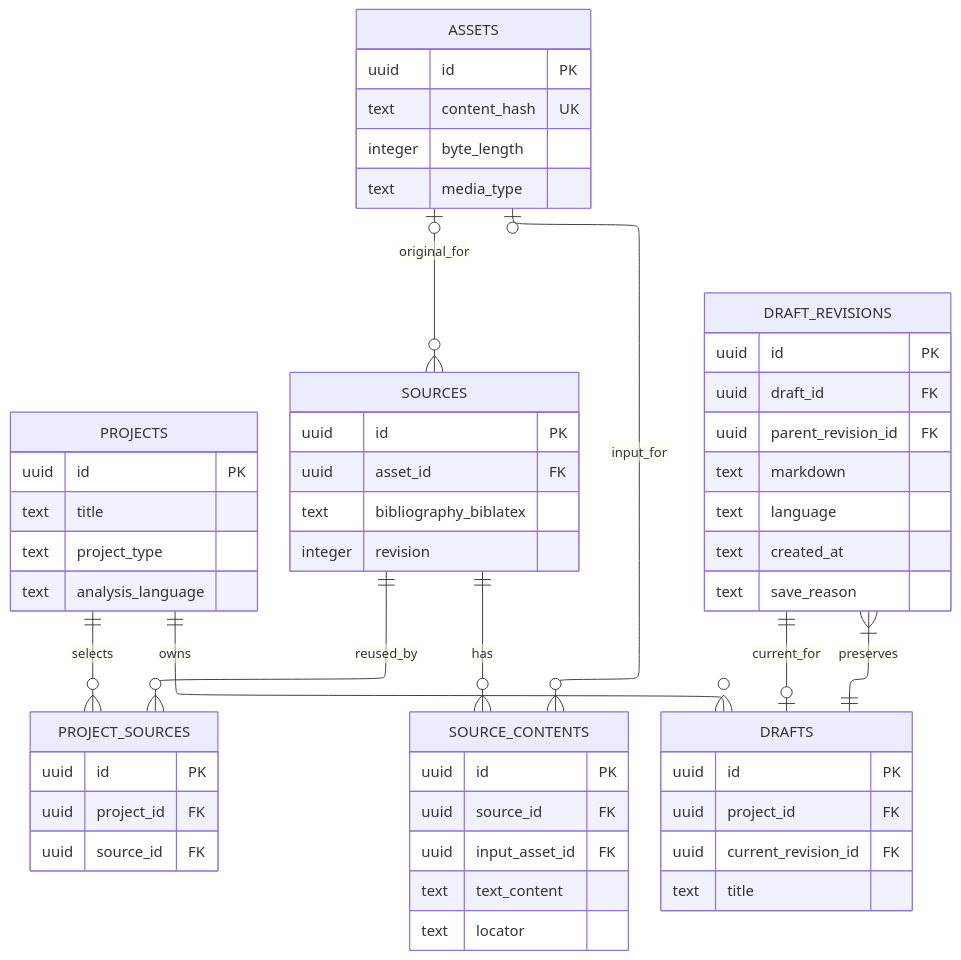
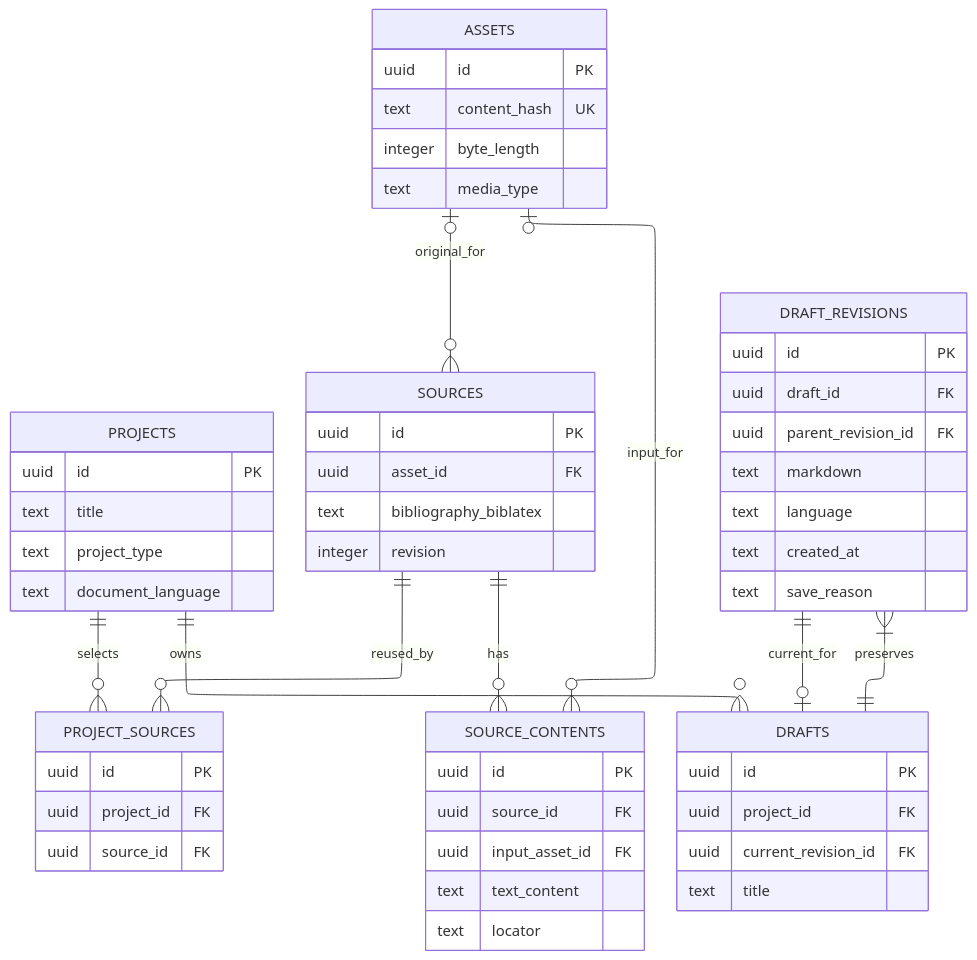
Before and after one commit to ohtia/ohtia: the diagram in docs/data-model.md, drawn with Mermaid. The commit also changed other lines of this file and 35 other files, not shown here.

````diff
--- a/docs/data-model.md
+++ b/docs/data-model.md
@@ -28,62 +30,62 @@
 ```mermaid
 ---
 config:
   layout: elk
   look: classic
 ---
 erDiagram
     PROJECTS ||--o{ PROJECT_SOURCES : selects
     SOURCES ||--o{ PROJECT_SOURCES : reused_by
     SOURCES ||--o{ SOURCE_CONTENTS : has
     ASSETS o|--o{ SOURCES : original_for
     ASSETS o|--o{ SOURCE_CONTENTS : input_for
     PROJECTS ||--o{ DRAFTS : owns
     DRAFTS ||--|{ DRAFT_REVISIONS : preserves
     DRAFT_REVISIONS ||--o| DRAFTS : current_for
 
     PROJECTS {
         uuid id PK
         text title
         text project_type
-        text analysis_language
+        text document_language
     }
     PROJECT_SOURCES {
         uuid id PK
         uuid project_id FK
         uuid source_id FK
     }
     SOURCES {
         uuid id PK
         uuid asset_id FK
         text bibliography_biblatex
         integer revision
     }
     SOURCE_CONTENTS {
         uuid id PK
         uuid source_id FK
         uuid input_asset_id FK
         text text_content
         text locator
     }
     ASSETS {
         uuid id PK
         text content_hash UK
         integer byte_length
         text media_type
     }
     DRAFTS {
         uuid id PK
         uuid project_id FK
         uuid current_revision_id FK
         text title
     }
     DRAFT_REVISIONS {
         uuid id PK
         uuid draft_id FK
         uuid parent_revision_id FK
         text markdown
         text language
         text created_at
         text save_reason
     }
 ```
````
